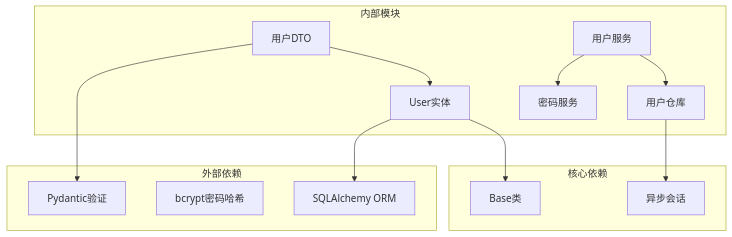
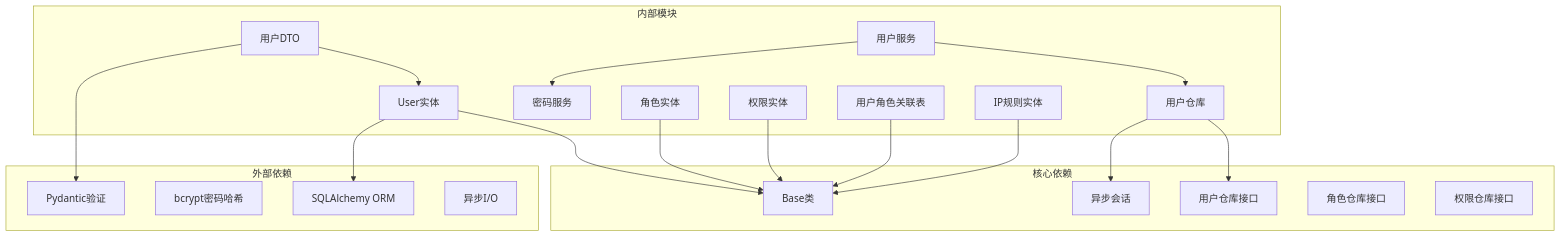
The seventh of 7 diagrams in .qoder/repowiki/zh/content/数据模型设计/用户实体模型.md (taoweidong/Hello-FastApi), drawn with Mermaid before and after one commit. The commit also changed other lines of this file and 11 other files, not shown here.

````diff
--- a/.qoder/repowiki/zh/content/数据模型设计/用户实体模型.md
+++ b/.qoder/repowiki/zh/content/数据模型设计/用户实体模型.md
@@ -368,26 +378,39 @@
 ```mermaid
 graph TB
 subgraph "外部依赖"
 SQLAlchemy[SQLAlchemy ORM]
 Bcrypt[bcrypt密码哈希]
 Pydantic[Pydantic验证]
+AsyncIO[异步I/O]
 end
 subgraph "核心依赖"
 Base[Base类]
 AsyncSession[异步会话]
+UserRepositoryInterface[用户仓库接口]
+RoleRepositoryInterface[角色仓库接口]
+PermissionRepositoryInterface[权限仓库接口]
 end
 subgraph "内部模块"
 UserEntity[User实体]
 UserDTO[用户DTO]
 UserService[用户服务]
 UserRepository[用户仓库]
 PasswordService[密码服务]
+RoleEntity[角色实体]
+PermissionEntity[权限实体]
+UserRoleEntity[用户角色关联表]
+IPRuleEntity[IP规则实体]
 end
 UserEntity --> SQLAlchemy
 UserDTO --> Pydantic
 UserService --> PasswordService
 UserService --> UserRepository
 UserRepository --> AsyncSession
+UserRepository --> UserRepositoryInterface
 UserEntity --> Base
 UserDTO --> UserEntity
+RoleEntity --> Base
+PermissionEntity --> Base
+UserRoleEntity --> Base
+IPRuleEntity --> Base
 ```
````
